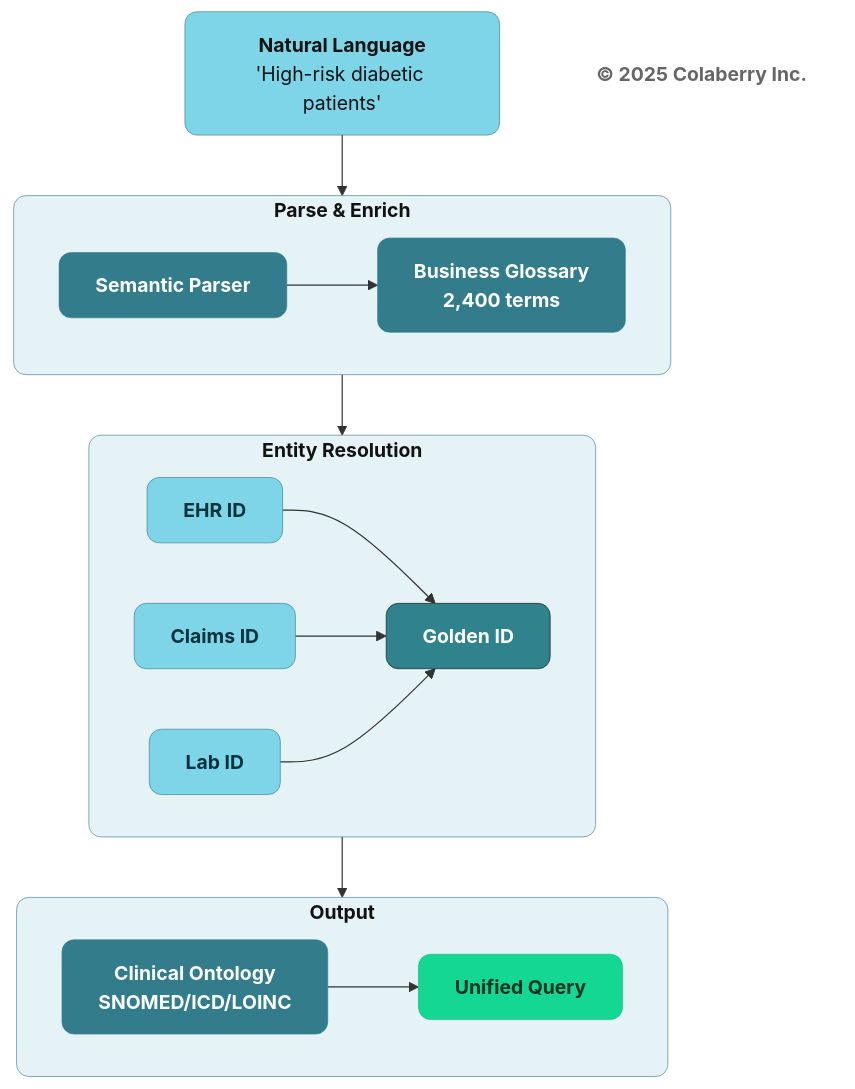
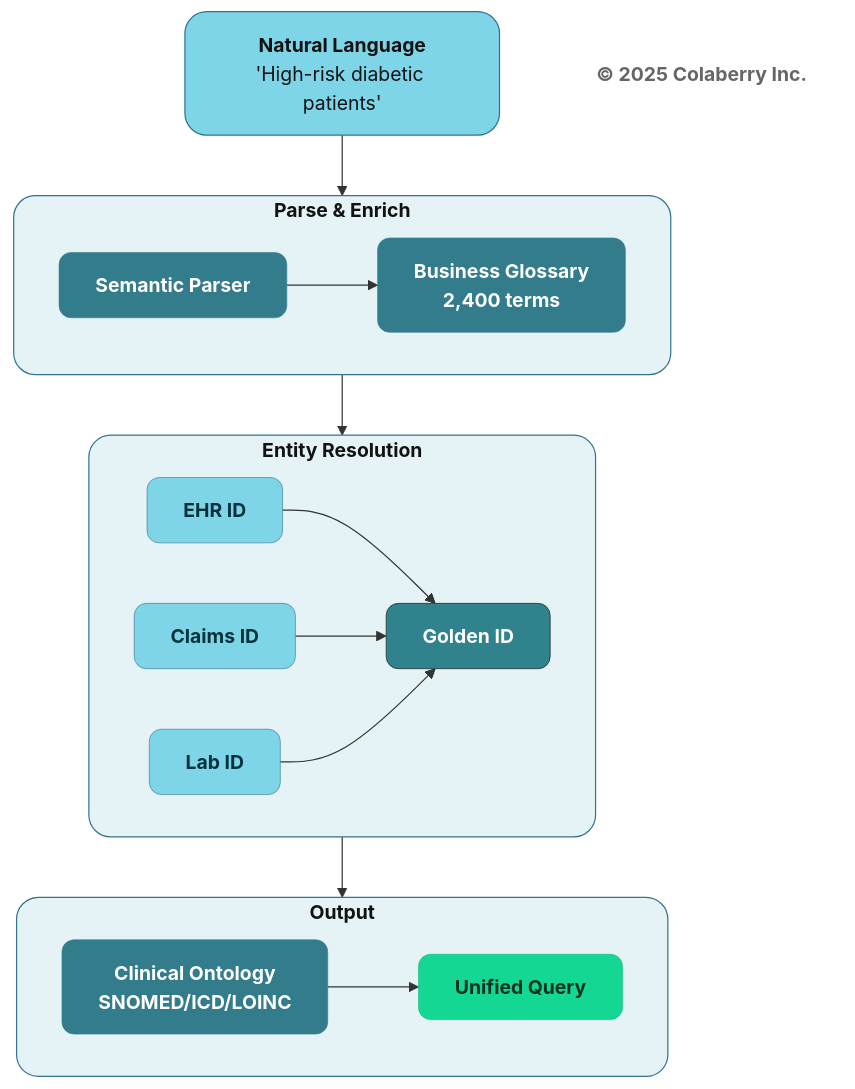
The fifth of 13 diagrams in manuscript/06_chapter_5_intelligence_layers.md (saitejesh-cyber/trust-before-intelligence-book), drawn with Mermaid before and after one commit. The commit also changed other lines of this file and 12 other files, not shown here.

````diff
--- a/manuscript/06_chapter_5_intelligence_layers.md
+++ b/manuscript/06_chapter_5_intelligence_layers.md
@@ -339,45 +339,45 @@
 ```mermaid
 flowchart TB
     NL["<b>Natural Language</b><br/>'High-risk diabetic patients'"]
     
     subgraph PARSE_ROW["<b>Parse & Enrich</b>"]
         direction LR
         PARSE["<b>Semantic Parser</b>"] --> GLOSS["<b>Business Glossary</b><br/><b>2,400 terms</b>"]
     end
     
     subgraph RESOLVE_ROW["<b>Entity Resolution</b>"]
         direction LR
         E1["<b>EHR ID</b>"] --> GOLD["<b>Golden ID</b>"]
         E2["<b>Claims ID</b>"] --> GOLD
         E3["<b>Lab ID</b>"] --> GOLD
     end
     
     subgraph OUTPUT_ROW["<b>Output</b>"]
         direction LR
         ONTO["<b>Clinical Ontology</b><br/><b>SNOMED/ICD/LOINC</b>"] --> RESULT["<b>Unified Query</b>"]
     end
     
     NL --> PARSE_ROW
     PARSE_ROW --> RESOLVE_ROW
     RESOLVE_ROW --> OUTPUT_ROW
     
     Copyright["<b>© 2025 Colaberry Inc.</b>"]
     
-    style NL fill:#7FD5E8,stroke:#32738C,stroke-width:0.5px,color:#121212,rx:10,ry:10
+    style NL fill:#7FD5E8,stroke:#32738C,stroke-width:1px,color:#121212,rx:18,ry:18
     
-    style PARSE_ROW fill:#E6F3F6,stroke:#32738C,stroke-width:0.5px,color:#121212,rx:10,ry:10
+    style PARSE_ROW fill:#E6F3F6,stroke:#32738C,stroke-width:1px,color:#121212,rx:18,ry:18
     style PARSE fill:#327C8C,stroke:#30838C,stroke-width:0.5px,color:#ffffff,rx:10,ry:10
     style GLOSS fill:#327C8C,stroke:#30838C,stroke-width:0.5px,color:#ffffff,rx:10,ry:10
     
-    style RESOLVE_ROW fill:#E6F3F6,stroke:#32738C,stroke-width:0.5px,color:#121212,rx:10,ry:10
+    style RESOLVE_ROW fill:#E6F3F6,stroke:#32738C,stroke-width:1px,color:#121212,rx:18,ry:18
     style E1 fill:#7FD5E8,stroke:#32738C,stroke-width:0.5px,color:#00323D,rx:10,ry:10
     style E2 fill:#7FD5E8,stroke:#32738C,stroke-width:0.5px,color:#00323D,rx:10,ry:10
     style E3 fill:#7FD5E8,stroke:#32738C,stroke-width:0.5px,color:#00323D,rx:10,ry:10
     style GOLD fill:#30838C,color:#ffffff,stroke:#0D0D0D,stroke-width:0.5px,rx:10,ry:10
     
-    style OUTPUT_ROW fill:#E6F3F6,stroke:#32738C,stroke-width:0.5px,color:#121212,rx:10,ry:10
+    style OUTPUT_ROW fill:#E6F3F6,stroke:#32738C,stroke-width:1px,color:#121212,rx:18,ry:18
     style ONTO fill:#327C8C,stroke:#30838C,stroke-width:0.5px,color:#ffffff,rx:10,ry:10
     style RESULT fill:#14D793,color:#003322,stroke:#0FB67D,stroke-width:0.5px,rx:10,ry:10
     
     style Copyright fill:none,stroke:none,color:#666666
 ```
````
